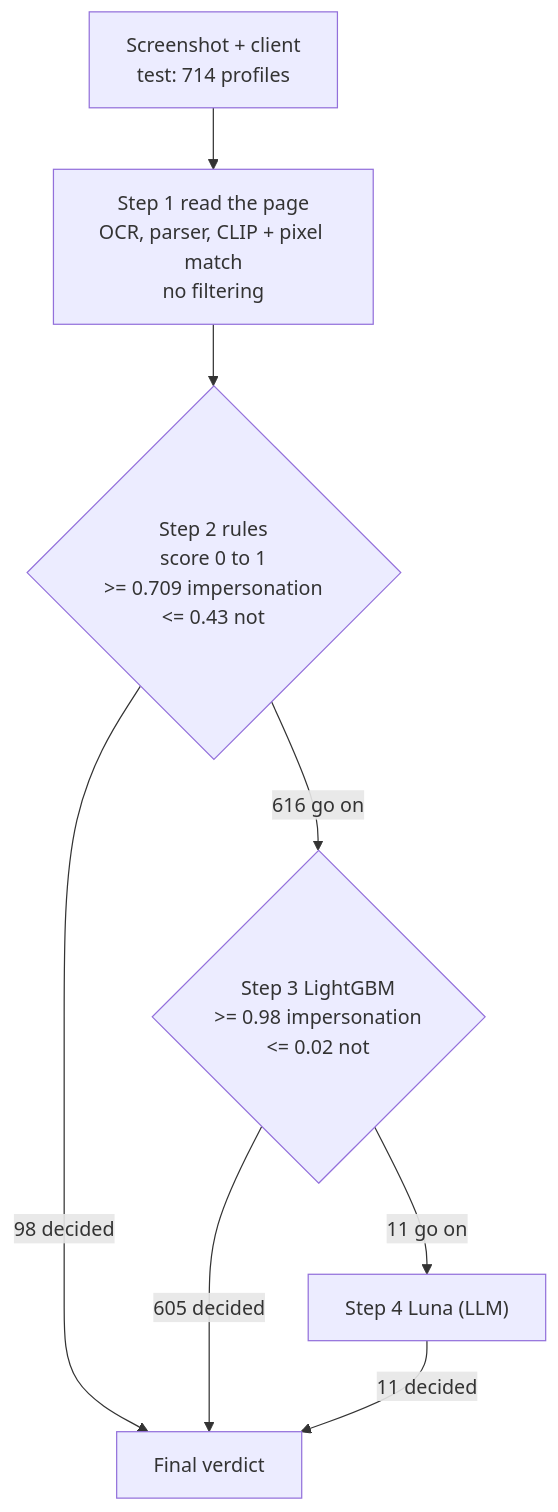
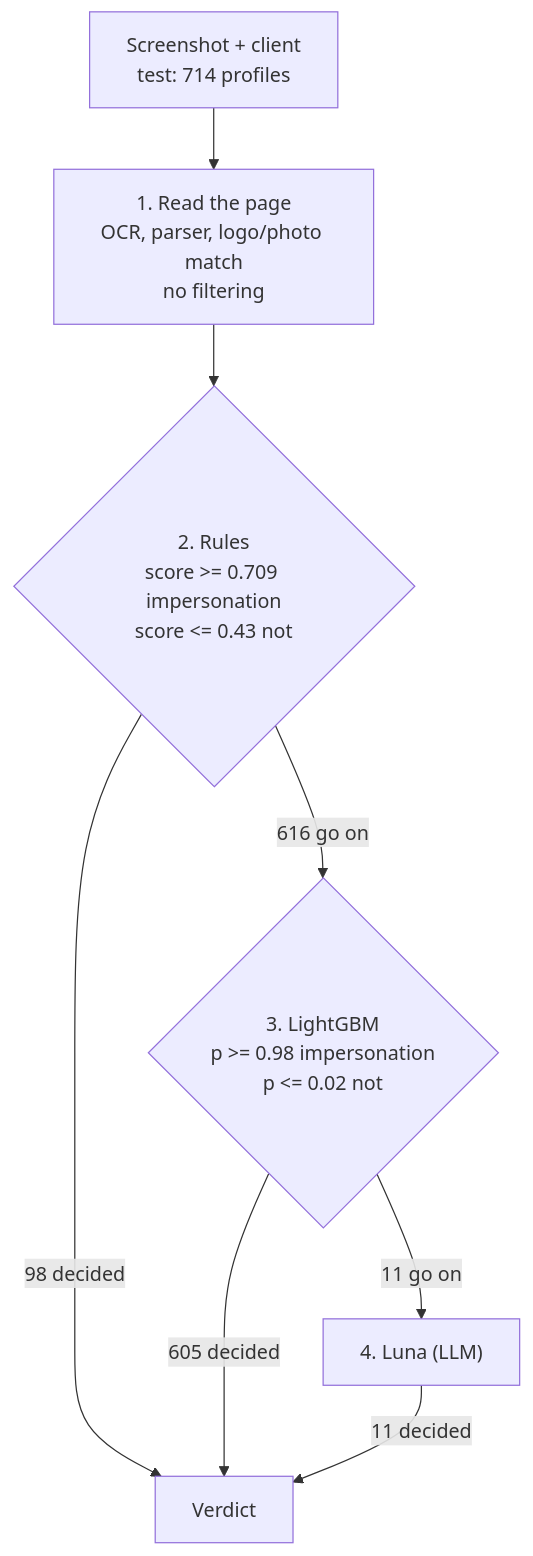
One commit to JayJajooEAI/DRP changed the diagram in development/impersonation/README.md. Above: the diagram before and after it, drawn with Mermaid. The commit also changed other lines of this file and 5 other files, not shown here.

````diff
--- a/development/impersonation/README.md
+++ b/development/impersonation/README.md
@@ -27,10 +15,10 @@
 ```mermaid
 flowchart TD
-    A["Screenshot + client<br/>test: 714 profiles"] --> B["Step 1 read the page<br/>OCR, parser, CLIP + pixel match<br/>no filtering"]
-    B --> C{"Step 2 rules<br/>score 0 to 1<br/>>= 0.709 impersonation<br/><= 0.43 not"}
-    C -->|"98 decided"| Z["Final verdict"]
-    C -->|"616 go on"| D{"Step 3 LightGBM<br/>>= 0.98 impersonation<br/><= 0.02 not"}
+    A["Screenshot + client<br/>test: 714 profiles"] --> B["1. Read the page<br/>OCR, parser, logo/photo match<br/>no filtering"]
+    B --> C{"2. Rules<br/>score >= 0.709 impersonation<br/>score <= 0.43 not"}
+    C -->|"98 decided"| Z["Verdict"]
+    C -->|"616 go on"| D{"3. LightGBM<br/>p >= 0.98 impersonation<br/>p <= 0.02 not"}
     D -->|"605 decided"| Z
-    D -->|"11 go on"| E["Step 4 Luna (LLM)"]
+    D -->|"11 go on"| E["4. Luna (LLM)"]
     E -->|"11 decided"| Z
 ```
````
